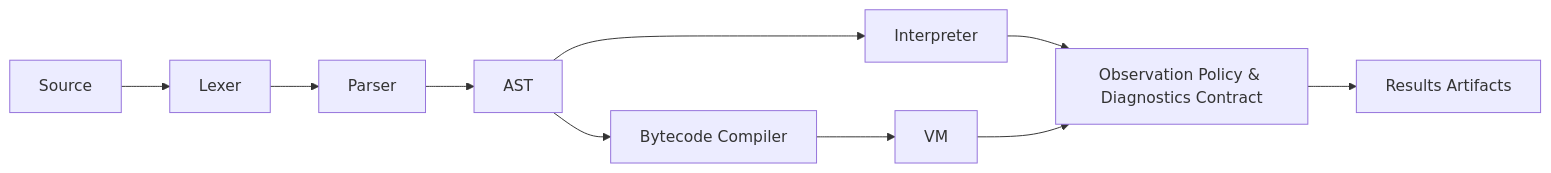
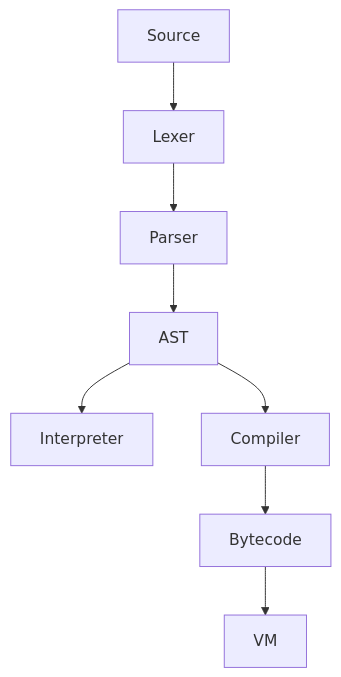
One commit to ilyayau/suaylang changed the first of 14 diagrams in README.md. Above: the diagram before and after it, drawn with Mermaid. The commit also changed other lines of this file and 1 other file, not shown here.

````diff
--- a/README.md
+++ b/README.md
@@ -134,11 +46,10 @@
 ```mermaid
-flowchart LR
-    A[Source] --> B[Lexer]
-    B --> C[Parser]
-    C --> D[AST]
-    D --> E[Interpreter]
-    D --> F[Bytecode Compiler]
-    F --> G[VM]
-    E & G --> H[Observation Policy & Diagnostics Contract]
-    H --> I[Results Artifacts]
+graph TD;
+    A[Source] --> B[Lexer];
+    B --> C[Parser];
+    C --> D[AST];
+    D --> E[Interpreter];
+    D --> F[Compiler];
+    F --> G[Bytecode];
+    G --> H[VM];
 ```
````
